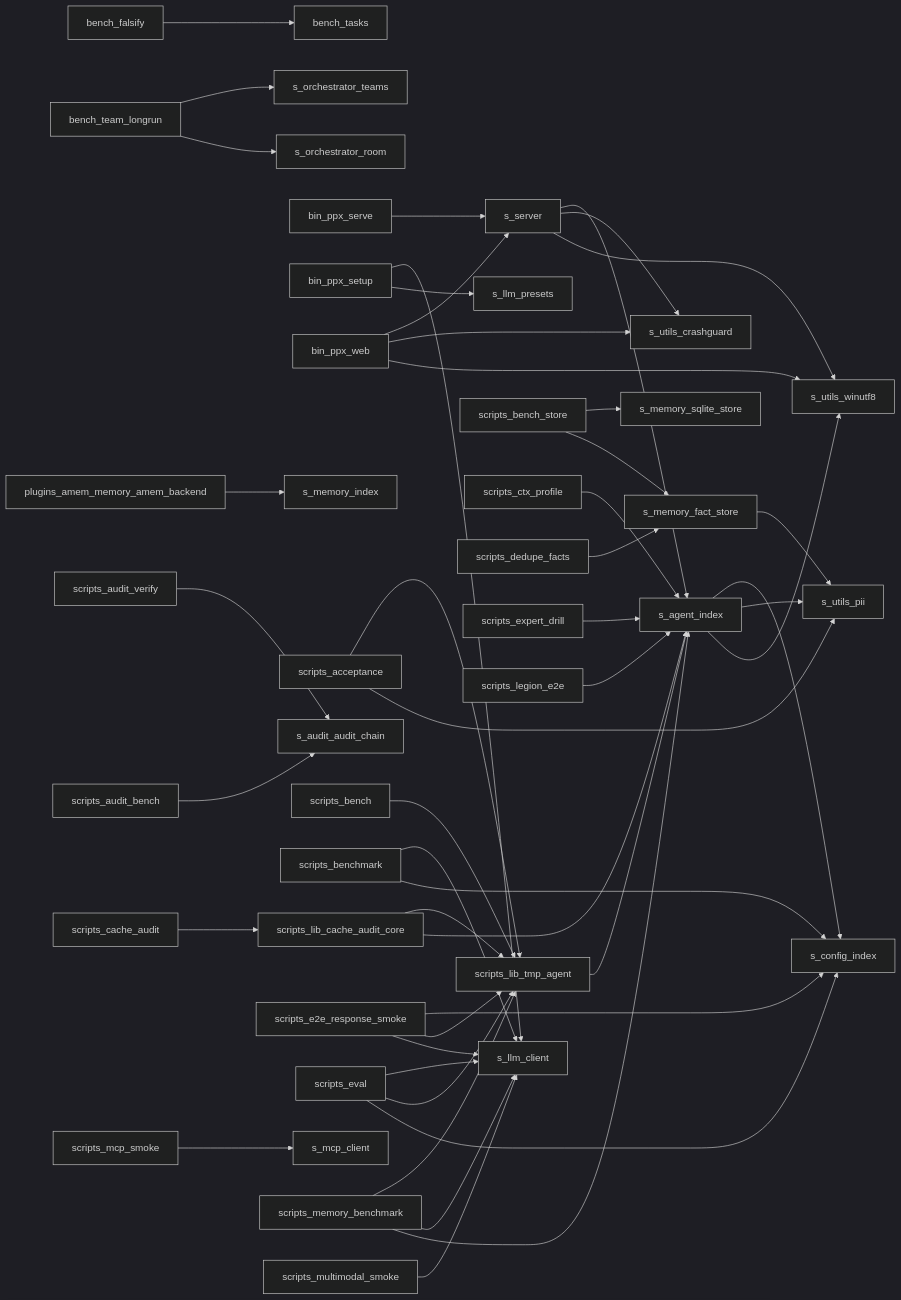
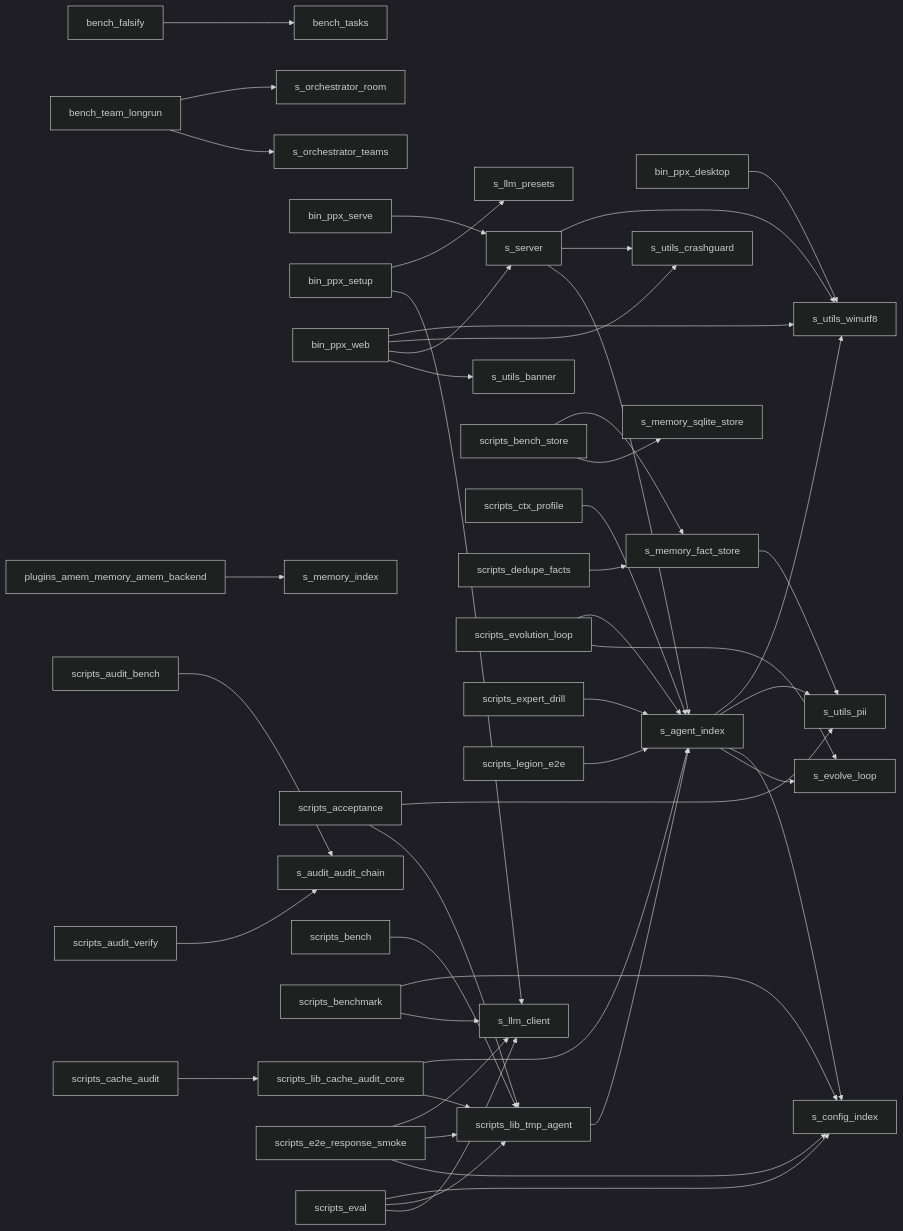
Before and after one commit to chen6896qqwee/PPXANS-Harness: the diagram in docs/WIKI.md, drawn with Mermaid (dark theme). The commit also changed other lines of this file and 279 other files, not shown here.

````diff
--- a/docs/WIKI.md
+++ b/docs/WIKI.md
@@ -2733,48 +2709,48 @@
 ```mermaid
 graph LR
   bench_falsify --> bench_tasks
   bench_team_longrun --> s_orchestrator_room
   bench_team_longrun --> s_orchestrator_teams
+  bin_ppx_desktop --> s_utils_winutf8
   bin_ppx_serve --> s_server
   bin_ppx_setup --> s_llm_presets
   bin_ppx_setup --> s_llm_client
   bin_ppx_web --> s_utils_winutf8
   bin_ppx_web --> s_utils_crashguard
   bin_ppx_web --> s_server
+  bin_ppx_web --> s_utils_banner
   plugins_amem_memory_amem_backend --> s_memory_index
   scripts_acceptance --> s_utils_pii
   scripts_acceptance --> scripts_lib_tmp_agent
   scripts_audit_bench --> s_audit_audit_chain
   scripts_audit_verify --> s_audit_audit_chain
   scripts_bench_store --> s_memory_fact_store
   scripts_bench_store --> s_memory_sqlite_store
   scripts_bench --> scripts_lib_tmp_agent
   scripts_benchmark --> s_config_index
   scripts_benchmark --> s_llm_client
   scripts_cache_audit --> scripts_lib_cache_audit_core
   scripts_ctx_profile --> s_agent_index
   scripts_dedupe_facts --> s_memory_fact_store
   scripts_e2e_response_smoke --> s_llm_client
   scripts_e2e_response_smoke --> scripts_lib_tmp_agent
   scripts_e2e_response_smoke --> s_config_index
   scripts_eval --> s_config_index
   scripts_eval --> scripts_lib_tmp_agent
   scripts_eval --> s_llm_client
+  scripts_evolution_loop --> s_agent_index
+  scripts_evolution_loop --> s_evolve_loop
   scripts_expert_drill --> s_agent_index
   scripts_legion_e2e --> s_agent_index
-  scripts_mcp_smoke --> s_mcp_client
-  scripts_memory_benchmark --> s_agent_index
-  scripts_memory_benchmark --> s_llm_client
-  scripts_memory_benchmark --> scripts_lib_tmp_agent
-  scripts_multimodal_smoke --> s_llm_client
   scripts_lib_cache_audit_core --> s_agent_index
   scripts_lib_cache_audit_core --> scripts_lib_tmp_agent
   scripts_lib_tmp_agent --> s_agent_index
   s_server --> s_utils_winutf8
   s_server --> s_utils_crashguard
   s_server --> s_agent_index
   s_agent_index --> s_utils_winutf8
   s_agent_index --> s_utils_pii
   s_agent_index --> s_config_index
+  s_agent_index --> s_evolve_loop
   s_memory_fact_store --> s_utils_pii
 ```
````
